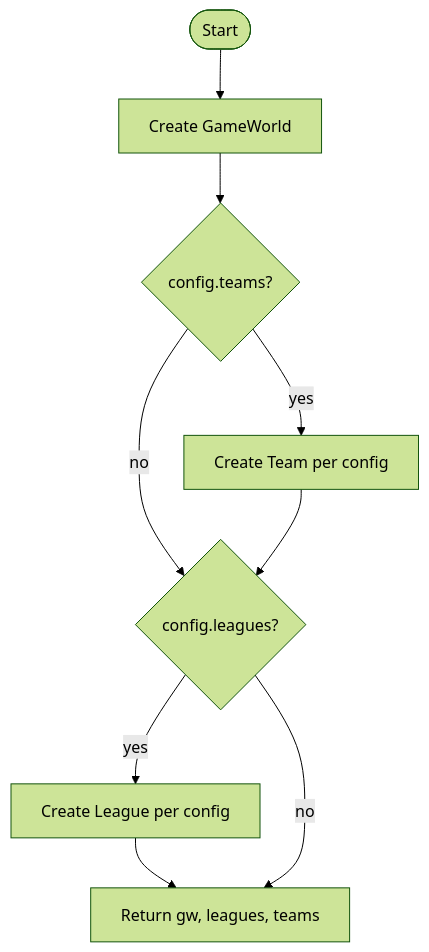
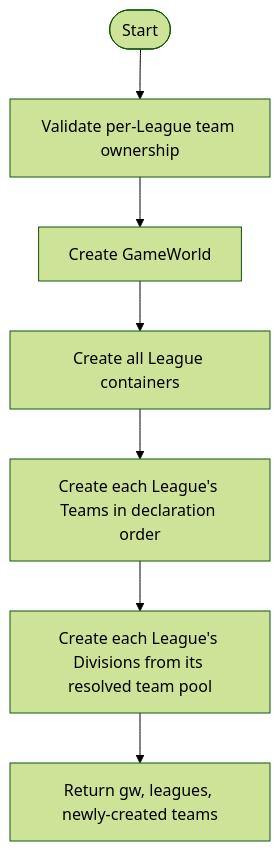
Before and after one commit to wulke/premier-league-baseball: the diagram in docs/architecture/process-flow/create-game-world.md, drawn with Mermaid (forest theme). The commit also changed 46 other files, not shown here.

Commit message:
test: specify per-League team ownership (TLO-001..TLO-008)

````diff
--- a/docs/architecture/process-flow/create-game-world.md
+++ b/docs/architecture/process-flow/create-game-world.md
@@ -3,14 +3,12 @@
 ```mermaid
 flowchart TD
-  start([Start]) --> gw[Create GameWorld]
-  gw --> teams{config.teams?}
-  teams -->|yes| tcreate[Create Team per config]
-  teams -->|no| leagues
-  tcreate --> leagues{config.leagues?}
-  leagues -->|yes| lcreate[Create League per config]
-  lcreate --> lend[Return gw, leagues, teams]
-  leagues -->|no| lend
+  start([Start]) --> validate[Validate per-League team ownership]
+  validate --> gw[Create GameWorld]
+  gw --> lcreate[Create all League containers]
+  lcreate --> tcreate[Create each League's Teams in declaration order]
+  tcreate --> dcreate[Create each League's Divisions from its resolved team pool]
+  dcreate --> lend[Return gw, leagues, newly-created teams]
 
   click tcreate "create-team.md" "Open Create Team flow"
   click lcreate "create-league.md" "Open Create League flow"
 ```
````
